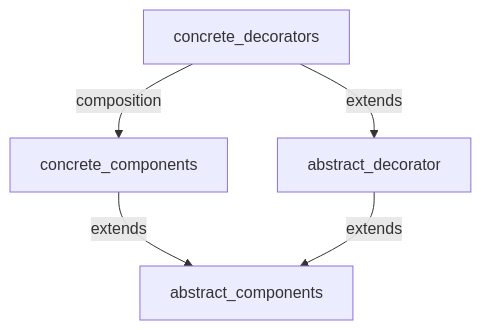
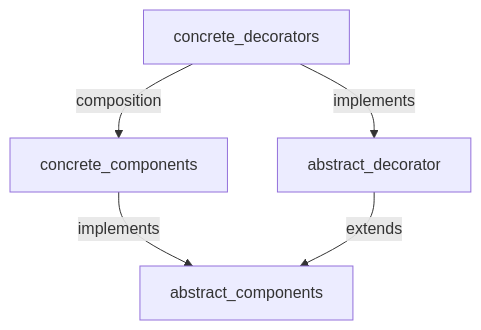
The first of 2 diagrams in books/head-first-design-patterns.md (souraavv/whitepapers-and-books), drawn with Mermaid before and after one commit. The commit also changed other lines of this file, not shown here.

````diff
--- a/books/head-first-design-patterns.md
+++ b/books/head-first-design-patterns.md
@@ -25,7 +31,7 @@
 ```mermaid
   graph TD;
-    cc[concrete_components] --extends--> ac[abstract_components];
+    cc[concrete_components] --implements--> ac[abstract_components];
     ad[abstract_decorator] --extends--> ac;
-    cd[concrete_decorators] --extends--> ad;
+    cd[concrete_decorators] --implements--> ad;
     cd --composition--> cc
 ```
````
